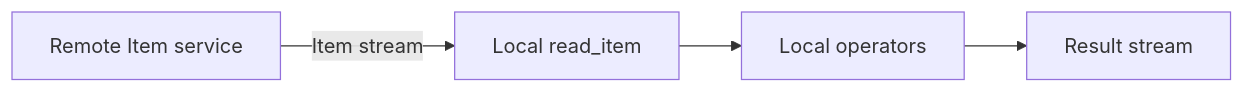
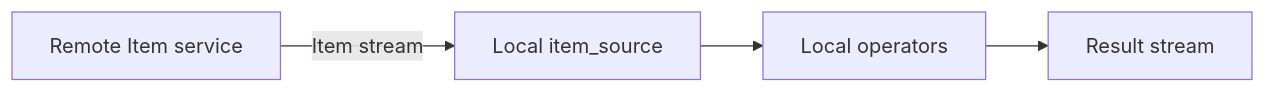
One commit to rdcn-link/xstream-codex changed the diagram in docs/execution-targets.md. Above: the diagram before and after it, drawn with Mermaid. The commit also changed other lines of this file and 451 other files, not shown here.

````diff
--- a/docs/execution-targets.md
+++ b/docs/execution-targets.md
@@ -5,5 +5,5 @@
 ```mermaid
 flowchart LR
-  R[Remote Item service] -->|Item stream| Read[Local read_item]
+  R[Remote Item service] -->|Item stream| Read[Local item_source]
   Read --> Process[Local operators] --> Result[Result stream]
 ```
````
